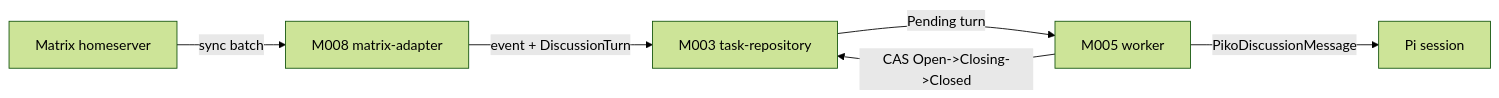
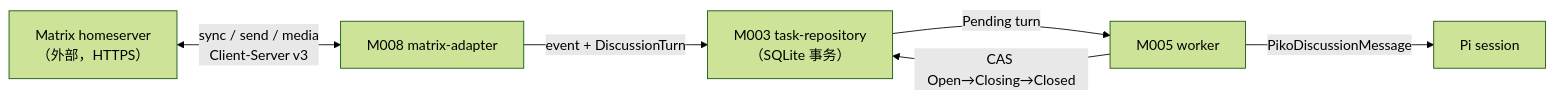
One commit to corezilla/piko changed the first of 3 diagrams in docs/20_system_design/mechanisms/piko-matrix.md. Above: the diagram before and after it, drawn with Mermaid (forest theme). The commit also changed other lines of this file and 9 other files, not shown here.

````diff
--- a/docs/20_system_design/mechanisms/piko-matrix.md
+++ b/docs/20_system_design/mechanisms/piko-matrix.md
@@ -28,8 +30,8 @@
 ```mermaid
 flowchart LR
-  HS["Matrix homeserver"] -->|"sync batch"| MX["M008 matrix-adapter"]
-  MX -->|"event + DiscussionTurn"| Repo["M003 task-repository"]
+  HS["Matrix homeserver<br/>（外部，HTTPS）"] <-->|"sync / send / media<br/>Client-Server v3"| MX["M008 matrix-adapter"]
+  MX -->|"event + DiscussionTurn"| Repo["M003 task-repository<br/>（SQLite 事务）"]
   Repo -->|"Pending turn"| W["M005 worker"]
   W -->|"PikoDiscussionMessage"| PI["Pi session"]
-  W -->|"CAS Open->Closing->Closed"| Repo
+  W -->|"CAS Open→Closing→Closed"| Repo
 ```
````
